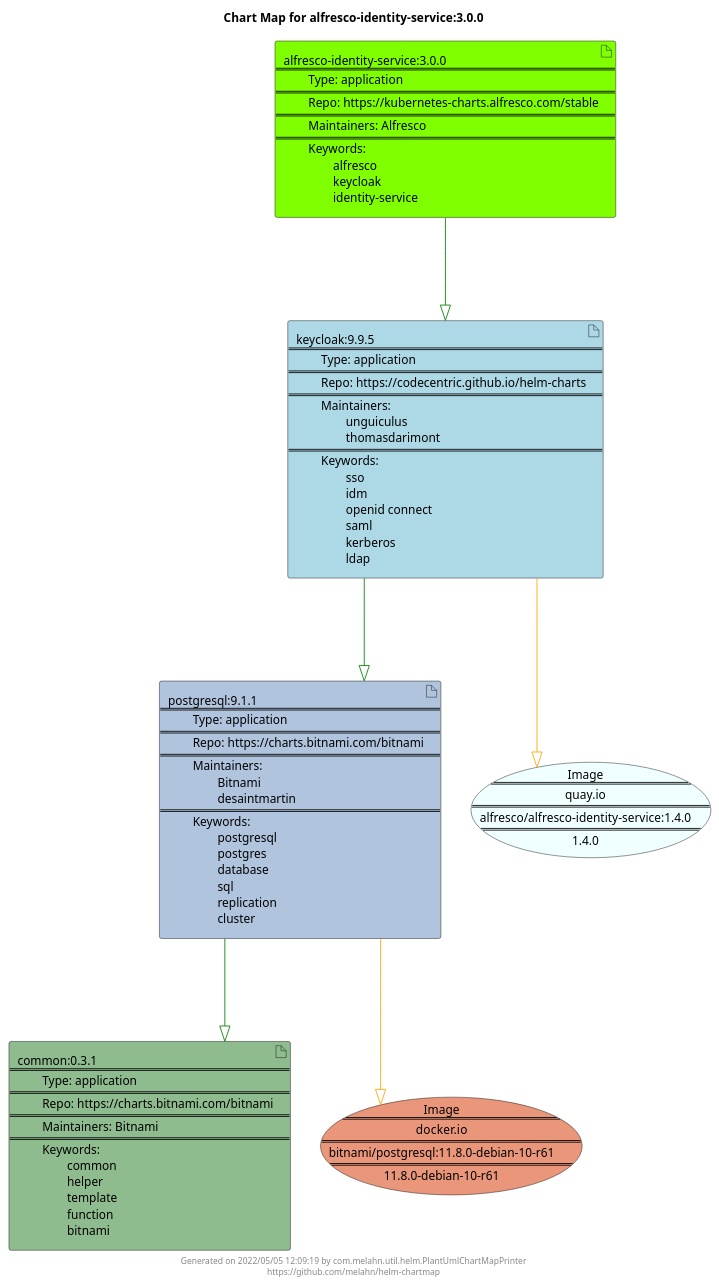
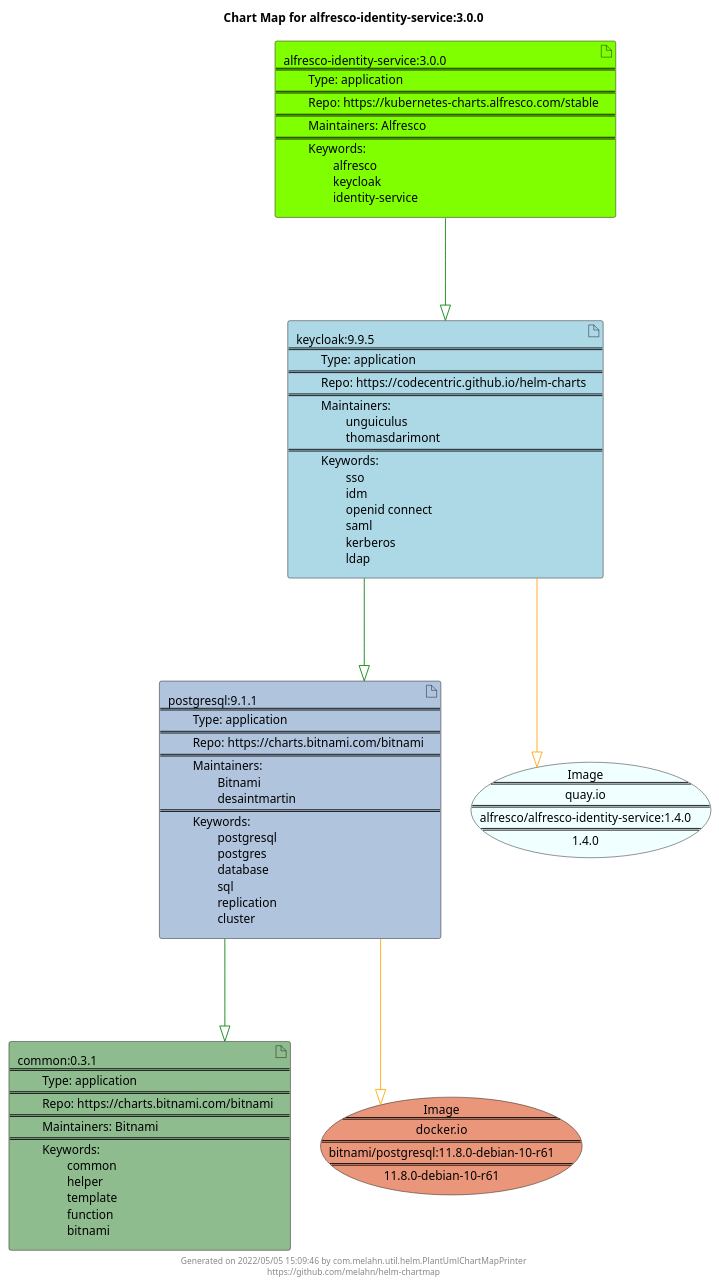
The diagram in docs/alfresco-identity-service/alfresco-identity-service-3.0.0.puml (melahn/helm-chartmap), drawn with PlantUML before and after one commit. The commit also changed 57 other files, not shown here.

Commit message:
Update Example Chart Maps as part of GitHub build

```diff
--- a/docs/alfresco-identity-service/alfresco-identity-service-3.0.0.puml
+++ b/docs/alfresco-identity-service/alfresco-identity-service-3.0.0.puml
@@ -1,29 +1,29 @@
 @startuml
 skinparam linetype ortho
 skinparam backgroundColor white
 skinparam usecaseBorderColor black
 skinparam usecaseArrowColor LightSlateGray
 skinparam artifactBorderColor black
 skinparam artifactArrowColor LightSlateGray
 
 title Chart Map for alfresco-identity-service:3.0.0
 
 'There are 4 referenced Helm Charts
 artifact "postgresql:9.1.1\n====\n\tType: application\n====\n\tRepo: https://charts.bitnami.com/bitnami\n====\n\tMaintainers: \n\t\tBitnami\n\t\tdesaintmartin\n====\n\tKeywords: \n\t\tpostgresql\n\t\tpostgres\n\t\tdatabase\n\t\tsql\n\t\treplication\n\t\tcluster" as postgresql_9_1_1 #LightSteelBlue
 artifact "alfresco-identity-service:3.0.0\n====\n\tType: application\n====\n\tRepo: https://kubernetes-charts.alfresco.com/stable\n====\n\tMaintainers: Alfresco\n====\n\tKeywords: \n\t\talfresco\n\t\tkeycloak\n\t\tidentity-service" as alfresco_identity_service_3_0_0 #Chartreuse
 artifact "keycloak:9.9.5\n====\n\tType: application\n====\n\tRepo: https://codecentric.github.io/helm-charts\n====\n\tMaintainers: \n\t\tunguiculus\n\t\tthomasdarimont\n====\n\tKeywords: \n\t\tsso\n\t\tidm\n\t\topenid connect\n\t\tsaml\n\t\tkerberos\n\t\tldap" as keycloak_9_9_5 #LightBlue
 artifact "common:0.3.1\n====\n\tType: application\n====\n\tRepo: https://charts.bitnami.com/bitnami\n====\n\tMaintainers: Bitnami\n====\n\tKeywords: \n\t\tcommon\n\t\thelper\n\t\ttemplate\n\t\tfunction\n\t\tbitnami" as common_0_3_1 #DarkSeaGreen
 
 'There are 2 referenced Docker Images
 usecase "Image\n====\ndocker.io\n====\nbitnami/postgresql:11.8.0-debian-10-r61\n====\n11.8.0-debian-10-r61" as docker_io_bitnami_postgresql_11_8_0_debian_10_r61 #DarkSalmon
 usecase "Image\n====\nquay.io\n====\nalfresco/alfresco-identity-service:1.4.0\n====\n1.4.0" as quay_io_alfresco_alfresco_identity_service_1_4_0 #Azure
 
 'Chart Dependencies
 alfresco_identity_service_3_0_0--[#green]-|>keycloak_9_9_5
 keycloak_9_9_5--[#green]-|>postgresql_9_1_1
 postgresql_9_1_1--[#green]-|>common_0_3_1
 postgresql_9_1_1--[#orange]-|>docker_io_bitnami_postgresql_11_8_0_debian_10_r61
 keycloak_9_9_5--[#orange]-|>quay_io_alfresco_alfresco_identity_service_1_4_0
 
-center footer Generated on 2022/05/05 12:09:19 by com.melahn.util.helm.PlantUmlChartMapPrinter\nhttps://github.com/melahn/helm-chartmap
+center footer Generated on 2022/05/05 15:09:46 by com.melahn.util.helm.PlantUmlChartMapPrinter\nhttps://github.com/melahn/helm-chartmap
 @enduml
```
